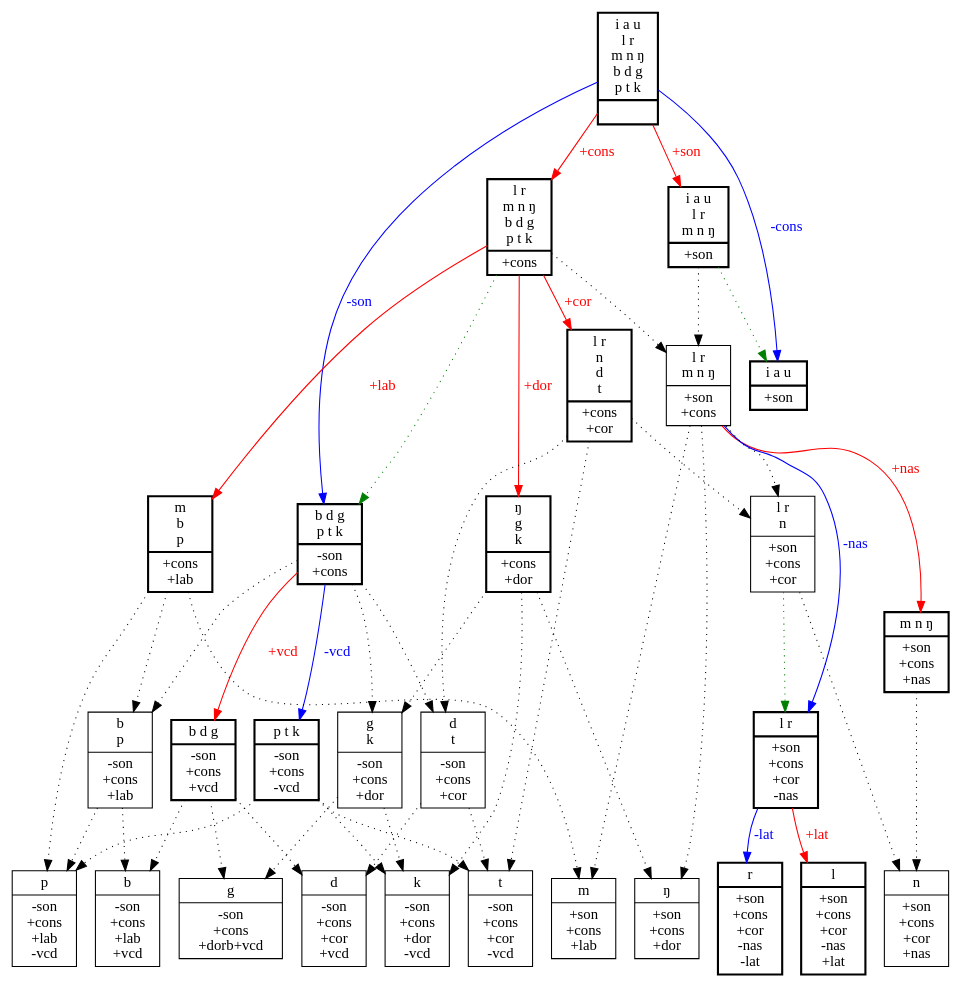
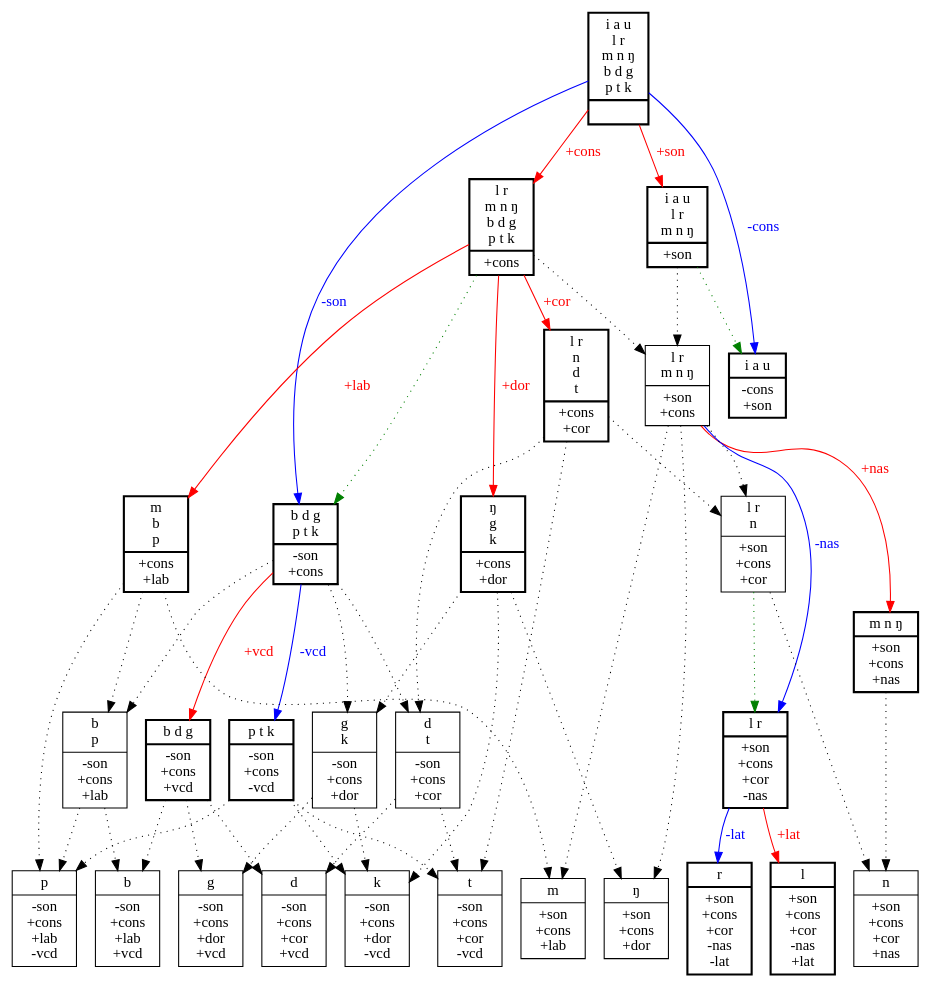
The diagram in graphs/biggun.gv (rdaland/Pheatures), drawn with Graphviz before and after one commit.

Commit message:
fixed -cons error in VOWL and typo in G

```diff
--- a/graphs/biggun.gv
+++ b/graphs/biggun.gv
@@ -1,89 +1,89 @@
 // None
 digraph {
 	SIGMA [label="{<segs> i a u\nl r\nm n ŋ\nb d g\np t k|<feats> }",shape=record,style=bold]
 	CONS [label="{<segs> l r\nm n ŋ\nb d g\np t k|<feats> +cons}",shape=record,style=bold]
 	SON [label="{<segs> i a u\nl r\nm n ŋ|<feats> +son}",shape=record,style=bold]
 	OBSTR [label="{<segs> b d g\np t k|<feats> -son\n+cons}",shape=record,style=bold]
-	VOWL [label="{<segs> i a u|<feats> +son}",shape=record,style=bold]
+	VOWL [label="{<segs> i a u|<feats> -cons\n+son}",shape=record,style=bold]
 	NAS [label="{<segs> m n ŋ|<feats> +son\n+cons\n+nas}",shape=record,style=bold]
 	VCLS [label="{<segs> p t k|<feats> -son\n+cons\n-vcd}",shape=record,style=bold]
 	VCD [label="{<segs> b d g|<feats> -son\n+cons\n+vcd}",shape=record,style=bold]
 	LAB [label="{<segs> m\nb\np|<feats> +cons\n+lab}",shape=record,style=bold]
 	COR [label="{<segs> l r\nn\nd\nt|<feats> +cons\n+cor}",shape=record,style=bold]
 	DOR [label="{<segs> ŋ\ng\nk|<feats> +cons\n+dor}",shape=record,style=bold]
 	LIQD [label="{<segs> l r|<feats> +son\n+cons\n+cor\n-nas}",shape=record,style=bold]
 	L [label="{<segs> l|<feats> +son\n+cons\n+cor\n-nas\n+lat}",shape=record,style=bold]
 	R [label="{<segs> r|<feats> +son\n+cons\n+cor\n-nas\n-lat}",shape=record,style=bold]
 
 	SONCONS [label="{<segs> l r\nm n ŋ|<feats> +son\n+cons}",shape=record]
 
 	SIGMA -> CONS [label="+cons",color="red",fontcolor="red"]
 	SIGMA -> SON [label="+son",color="red",fontcolor="red"]
 	CONS -> OBSTR [style="dotted",color="green"]
 	CONS -> LAB [label="+lab",color="red",fontcolor="red"]
 	CONS -> COR [label="+cor",color="red",fontcolor="red"]
 	CONS -> DOR [label="+dor",color="red",fontcolor="red"]
 	SON -> VOWL [style="dotted",color="green"]
 	OBSTR -> VCD [label="+vcd",color="red",fontcolor="red"]
 	OBSTR -> VCLS [label="-vcd",color="blue",fontcolor="blue"]
 	LIQD -> L [label="+lat",color="red",fontcolor="red"]
 	LIQD -> R [label="-lat",color="blue",fontcolor="blue"]
 
 	SON -> SONCONS [style="dotted"]
 	CONS -> SONCONS [style="dotted"]
 	SONCONS -> LIQD [label="-nas",color="blue",fontcolor="blue"]
 	SONCONS -> NAS [label="+nas",color="red",fontcolor="red"]
 
 	SIGMA -> VOWL [label="-cons",color="blue",fontcolor="blue"]
 	SIGMA -> OBSTR [label="-son",color="blue",fontcolor="blue"]
 
 	LABOBSTR [label="{<segs> b\np|<feats> -son\n+cons\n+lab}",shape=record]
 	LAB -> LABOBSTR [style="dotted"]
 	OBSTR -> LABOBSTR [style="dotted"]
 	COROBSTR [label="{<segs> d\nt|<feats> -son\n+cons\n+cor}",shape=record]
 	COR -> COROBSTR [style="dotted"]
 	OBSTR -> COROBSTR [style="dotted"]
 	DOROBSTR [label="{<segs> g\nk|<feats> -son\n+cons\n+dor}",shape=record]
 	DOR -> DOROBSTR [style="dotted"]
 	OBSTR -> DOROBSTR [style="dotted"]
 	M [label="{<segs> m|<feats> +son\n+cons\n+lab}",shape=record]
 	LAB -> M [style="dotted"]
 	SONCONS -> M [style="dotted"]
 	CORSONCONS [label="{<segs> l r\nn|<feats> +son\n+cons\n+cor}",shape=record]
 	SONCONS -> CORSONCONS [style="dotted"]
 	COR -> CORSONCONS [style="dotted"]
 	CORSONCONS -> LIQD [style="dotted",color="green"]
 	NG [label="{<segs> ŋ|<feats> +son\n+cons\n+dor}",shape=record]
 	DOR -> NG [style="dotted"]
 	SONCONS -> NG [style="dotted"]
 
 	N [label="{<segs> n|<feats> +son\n+cons\n+cor\n+nas}",shape=record]
 	CORSONCONS -> N [style="dotted"]
 	NAS -> N [style="dotted"]
 
 	P [label="{<segs> p|<feats> -son\n+cons\n+lab\n-vcd}",shape=record]
 	VCLS -> P [style="dotted"]
 	LAB -> P [style="dotted"]
 	LABOBSTR -> P [style="dotted"]
 	T [label="{<segs> t|<feats> -son\n+cons\n+cor\n-vcd}",shape=record]
 	VCLS -> T [style="dotted"]
 	COR -> T [style="dotted"]
 	COROBSTR -> T [style="dotted"]
 	K [label="{<segs> k|<feats> -son\n+cons\n+dor\n-vcd}",shape=record]
 	VCLS -> K [style="dotted"]
 	DOR -> K [style="dotted"]
 	DOROBSTR -> K [style="dotted"]
 
 	B [label="{<segs> b|<feats> -son\n+cons\n+lab\n+vcd}",shape=record]
 	VCD -> B [style="dotted"]
 	LABOBSTR -> B [style="dotted"]
 	D [label="{<segs> d|<feats> -son\n+cons\n+cor\n+vcd}",shape=record]
 	VCD -> D [style="dotted"]
 	COROBSTR -> D [style="dotted"]
-	G [label="{<segs> g|<feats> -son\n+cons\n+dor\b+vcd}",shape=record]
+	G [label="{<segs> g|<feats> -son\n+cons\n+dor\n+vcd}",shape=record]
 	VCD -> G [style="dotted"]
 	DOROBSTR -> G [style="dotted"]
 
 	
 	{rank=same; L R M N NG B D G P T K}
 }
```
